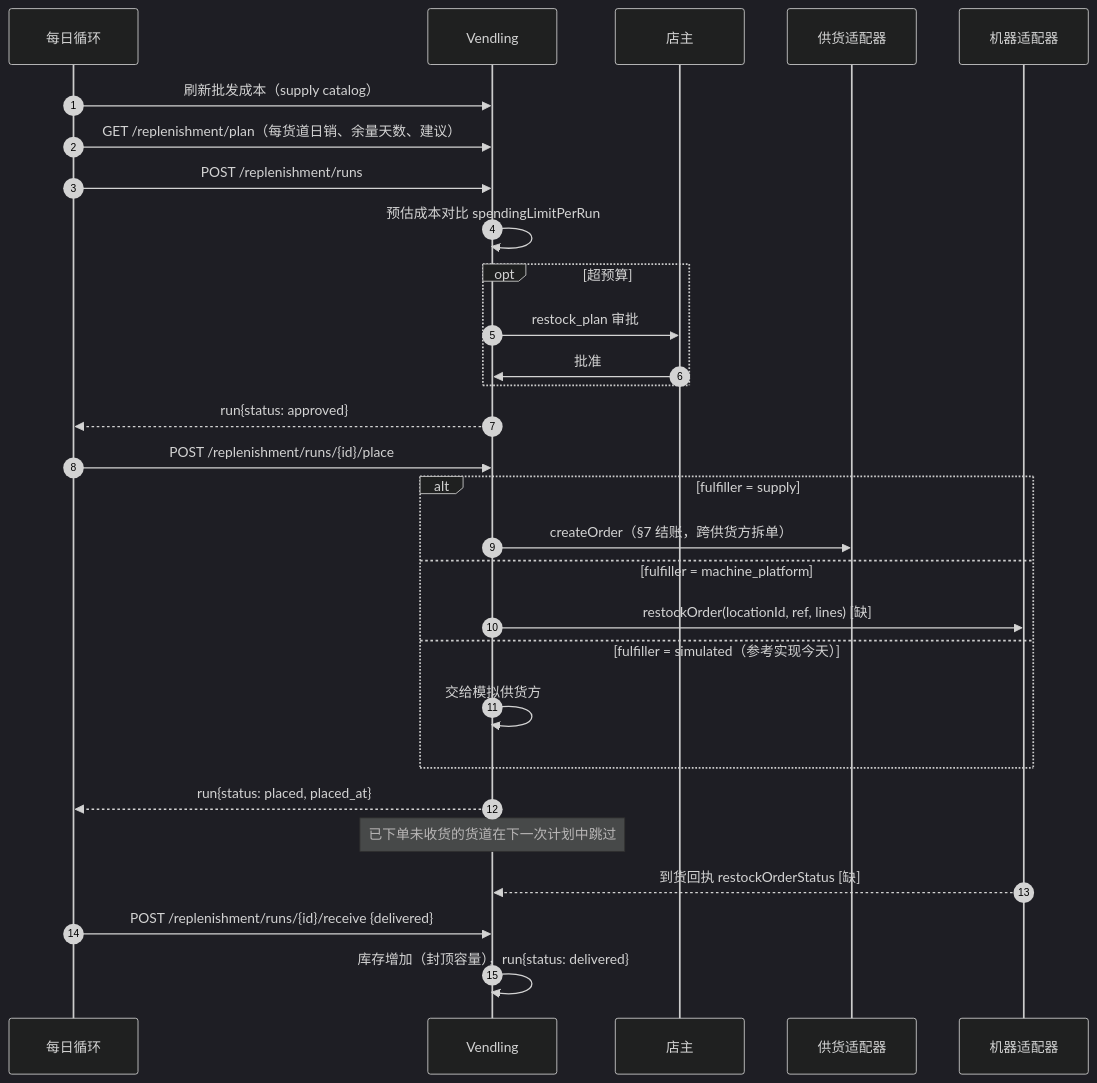
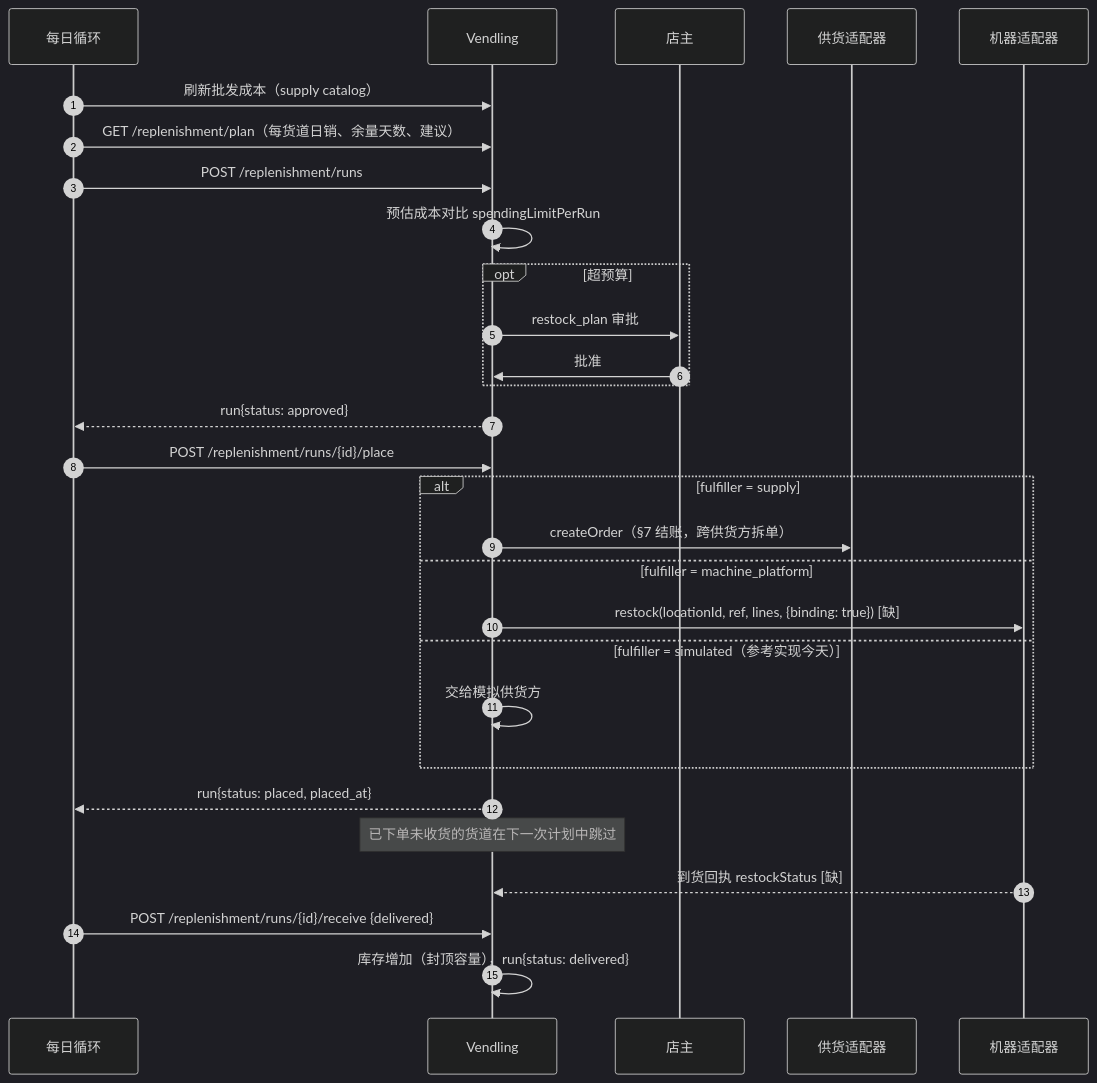
Before and after one commit to fxp/vendling-api: the fifth of 6 diagrams in spec/commerce-api.md, drawn with Mermaid (dark theme). The commit also changed other lines of this file and 5 other files, not shown here.

````diff
--- a/spec/commerce-api.md
+++ b/spec/commerce-api.md
@@ -1204,31 +1249,31 @@
 ```mermaid
 sequenceDiagram
   autonumber
   participant C as 每日循环
   participant V as Vendling
   participant O as 店主
   participant S as 供货适配器
   participant M as 机器适配器
   C->>V: 刷新批发成本（supply catalog）
   C->>V: GET /replenishment/plan（每货道日销、余量天数、建议）
   C->>V: POST /replenishment/runs
   V->>V: 预估成本对比 spendingLimitPerRun
   opt 超预算
     V->>O: restock_plan 审批
     O->>V: 批准
   end
   V-->>C: run{status: approved}
   C->>V: POST /replenishment/runs/{id}/place
   alt fulfiller = supply
     V->>S: createOrder（§7 结账，跨供货方拆单）
   else fulfiller = machine_platform
-    V->>M: restockOrder(locationId, ref, lines) [缺]
+    V->>M: restock(locationId, ref, lines, {binding: true}) [缺]
   else fulfiller = simulated（参考实现今天）
     V->>V: 交给模拟供货方
   end
   V-->>C: run{status: placed, placed_at}
   Note over V: 已下单未收货的货道在下一次计划中跳过
-  M-->>V: 到货回执 restockOrderStatus [缺]
+  M-->>V: 到货回执 restockStatus [缺]
   C->>V: POST /replenishment/runs/{id}/receive {delivered}
   V->>V: 库存增加（封顶容量），run{status: delivered}
 ```
````
